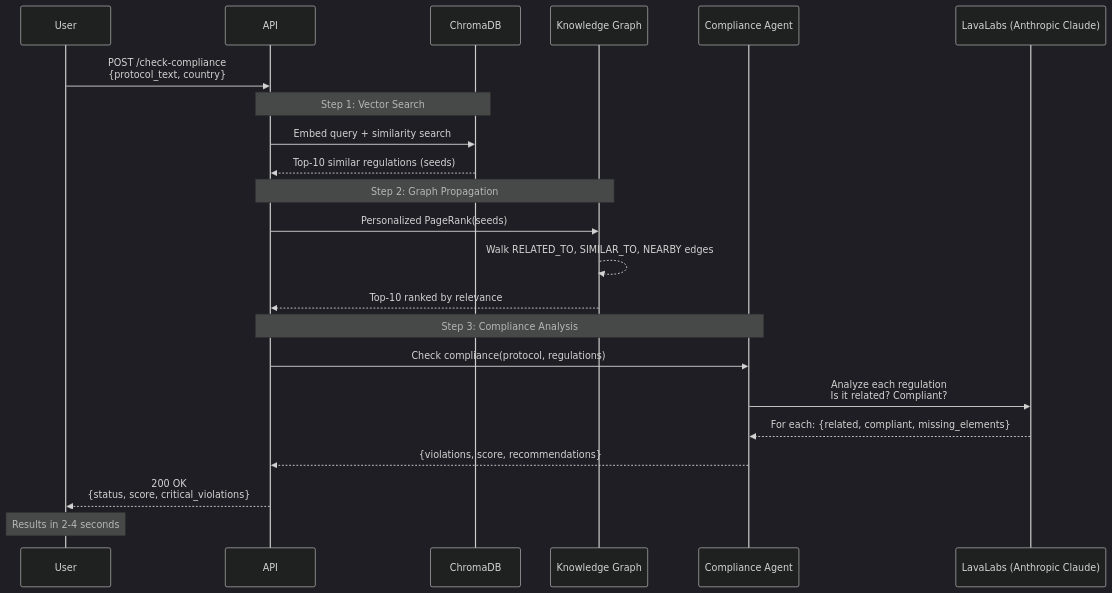
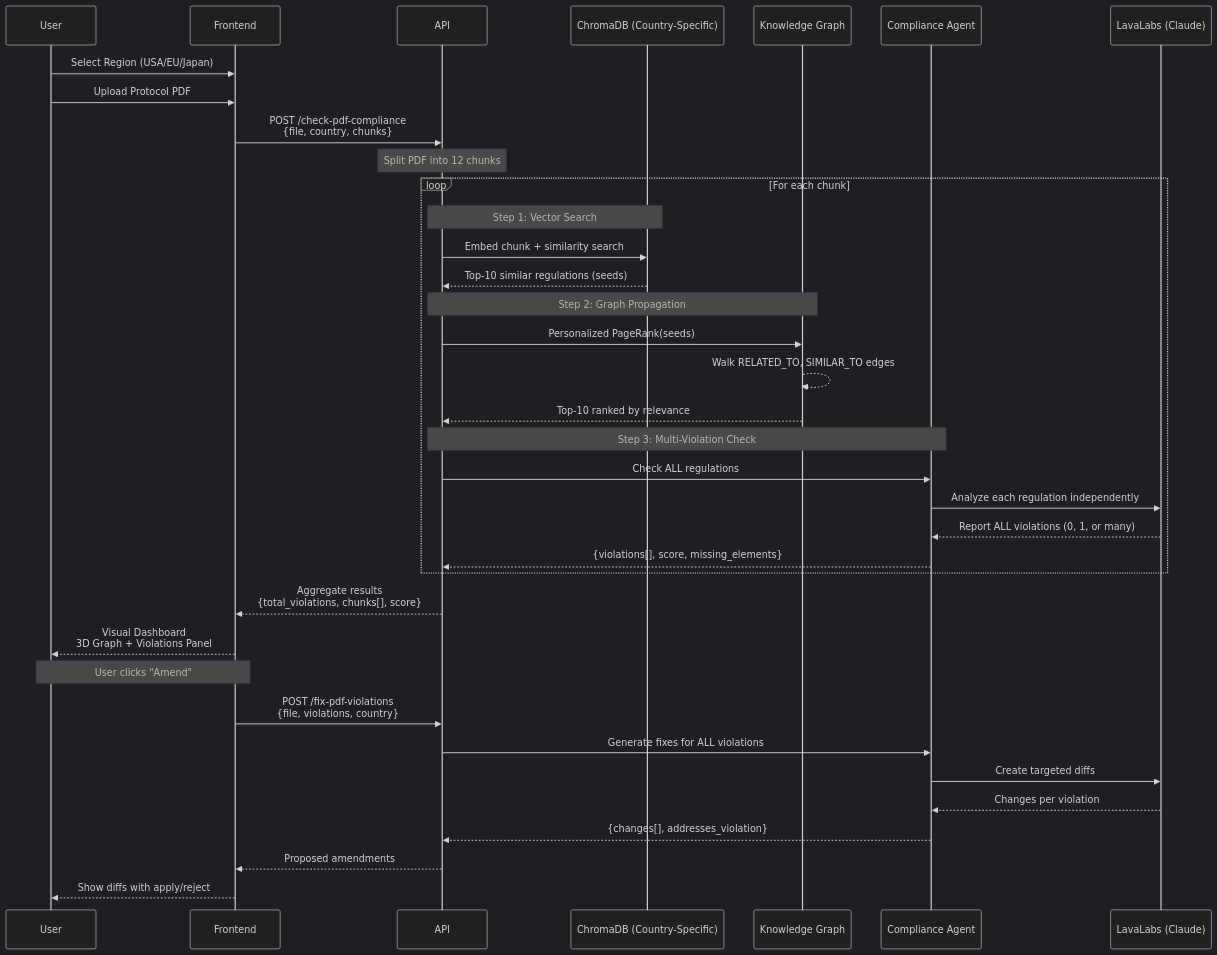
Before and after one commit to vardhanshorewala/harmoniq: the second of 2 diagrams in README.md, drawn with Mermaid (dark theme). The commit also changed other lines of this file and 9 other files, not shown here.

````diff
--- a/README.md
+++ b/README.md
@@ -112,30 +141,46 @@
 ```mermaid
 sequenceDiagram
     participant User
+    participant Frontend
     participant API
-    participant VectorDB as ChromaDB
+    participant VectorDB as ChromaDB (Country-Specific)
     participant Graph as Knowledge Graph
     participant Agent as Compliance Agent
-    participant LLM as LavaLabs (Anthropic Claude)
+    participant LLM as LavaLabs (Claude)
     
-    User->>API: POST /check-compliance<br/>{protocol_text, country}
+    User->>Frontend: Select Region (USA/EU/Japan)
+    User->>Frontend: Upload Protocol PDF
+    Frontend->>API: POST /check-pdf-compliance<br/>{file, country, chunks}
     
-    Note over API,VectorDB: Step 1: Vector Search
-    API->>VectorDB: Embed query + similarity search
-    VectorDB-->>API: Top-10 similar regulations (seeds)
+    Note over API: Split PDF into 12 chunks
     
-    Note over API,Graph: Step 2: Graph Propagation
-    API->>Graph: Personalized PageRank(seeds)
-    Graph-->>Graph: Walk RELATED_TO, SIMILAR_TO, NEARBY edges
-    Graph-->>API: Top-10 ranked by relevance
+    loop For each chunk
+        Note over API,VectorDB: Step 1: Vector Search
+        API->>VectorDB: Embed chunk + similarity search
+        VectorDB-->>API: Top-10 similar regulations (seeds)
+        
+        Note over API,Graph: Step 2: Graph Propagation
+        API->>Graph: Personalized PageRank(seeds)
+        Graph-->>Graph: Walk RELATED_TO, SIMILAR_TO edges
+        Graph-->>API: Top-10 ranked by relevance
+        
+        Note over API,Agent: Step 3: Multi-Violation Check
+        API->>Agent: Check ALL regulations
+        Agent->>LLM: Analyze each regulation independently
+        LLM-->>Agent: Report ALL violations (0, 1, or many)
+        Agent-->>API: {violations[], score, missing_elements}
+    end
     
-    Note over API,Agent: Step 3: Compliance Analysis
-    API->>Agent: Check compliance(protocol, regulations)
-    Agent->>LLM: Analyze each regulation<br/>Is it related? Compliant?
-    LLM-->>Agent: For each: {related, compliant, missing_elements}
-    Agent-->>API: {violations, score, recommendations}
+    API-->>Frontend: Aggregate results<br/>{total_violations, chunks[], score}
+    Frontend-->>User: Visual Dashboard<br/>3D Graph + Violations Panel
     
-    API-->>User: 200 OK<br/>{status, score, critical_violations}
+    Note over User,Frontend: User clicks "Amend"
     
-    Note over User: Results in 2-4 seconds
+    Frontend->>API: POST /fix-pdf-violations<br/>{file, violations, country}
+    API->>Agent: Generate fixes for ALL violations
+    Agent->>LLM: Create targeted diffs
+    LLM-->>Agent: Changes per violation
+    Agent-->>API: {changes[], addresses_violation}
+    API-->>Frontend: Proposed amendments
+    Frontend-->>User: Show diffs with apply/reject
 ```
````
